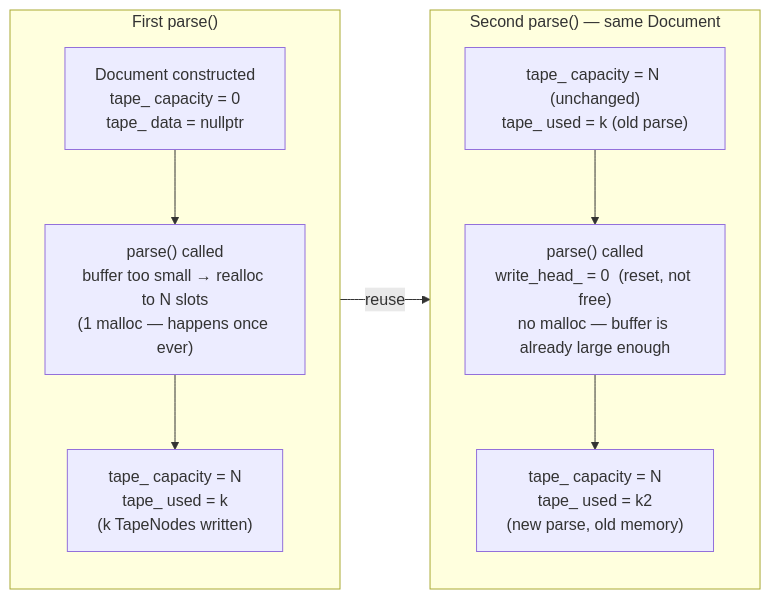
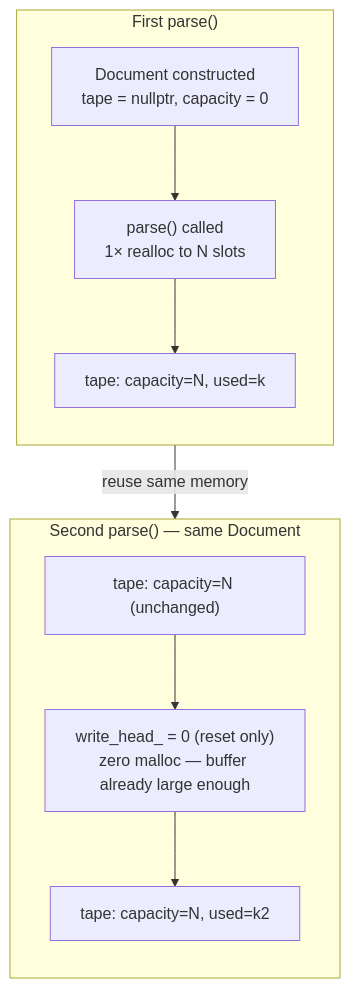
One commit to the-lkb/beast-json changed the third of 7 diagrams in docs/theory/zero-allocation.md. Above: the diagram before and after it, drawn with Mermaid. The commit also changed other lines of this file and 4 other files, not shown here.

````diff
--- a/docs/theory/zero-allocation.md
+++ b/docs/theory/zero-allocation.md
@@ -63,20 +60,20 @@
 ```mermaid
-flowchart LR
+flowchart TB
     subgraph FIRST["First parse()"]
         direction TB
-        F1["Document constructed\ntape_ capacity = 0\ntape_ data = nullptr"]
-        F2["parse() called\nbuffer too small → realloc to N slots\n(1 malloc — happens once ever)"]
-        F3["tape_ capacity = N\ntape_ used = k\n(k TapeNodes written)"]
+        F1["Document constructed<br/>tape = nullptr, capacity = 0"]
+        F2["parse() called<br/>1× realloc to N slots"]
+        F3["tape: capacity=N, used=k"]
         F1 --> F2 --> F3
     end
 
     subgraph SECOND["Second parse() — same Document"]
         direction TB
-        S1["tape_ capacity = N (unchanged)\ntape_ used = k (old parse)"]
-        S2["parse() called\nwrite_head_ = 0  (reset, not free)\nno malloc — buffer is already large enough"]
-        S3["tape_ capacity = N\ntape_ used = k2\n(new parse, old memory)"]
+        S1["tape: capacity=N (unchanged)"]
+        S2["write_head_ = 0 (reset only)<br/>zero malloc — buffer already large enough"]
+        S3["tape: capacity=N, used=k2"]
         S1 --> S2 --> S3
     end
 
-    F3 -->|"reuse"| S1
+    F3 -->|"reuse same memory"| S1
 ```
````
